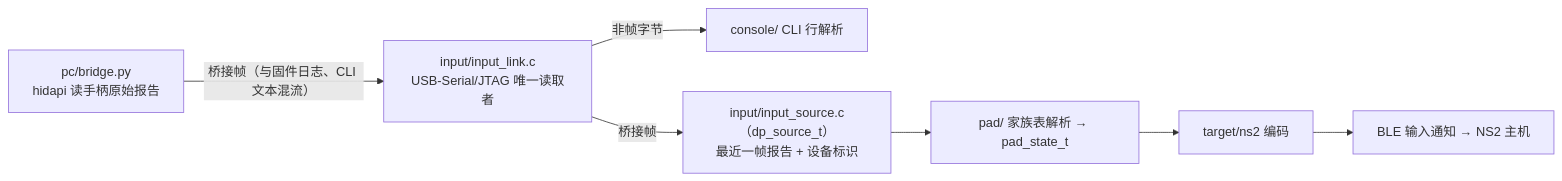
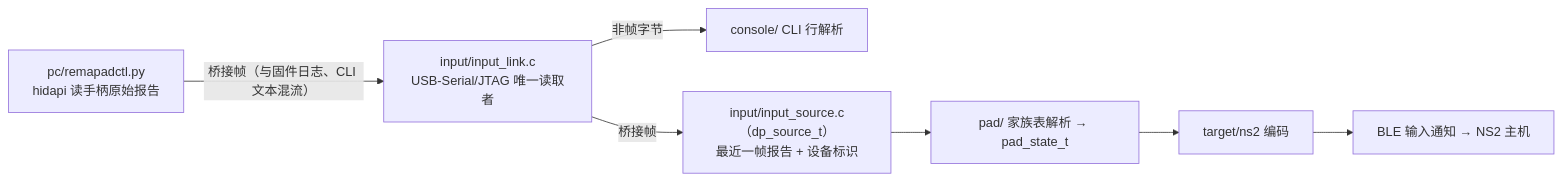
Before and after one commit to slime7/remapad: the second of 2 diagrams in docs/usb-input-plan.md, drawn with Mermaid. The commit also changed other lines of this file and 46 other files, not shown here.

First line of the commit message:
feat(pc,firmware): PC 工具合并为单进程，新增实机截图与耳机状态透传

````diff
--- a/docs/usb-input-plan.md
+++ b/docs/usb-input-plan.md
@@ -49,17 +49,17 @@
 ```mermaid
 flowchart LR
-    Bridge["pc/bridge.py<br/>hidapi 读手柄原始报告"]
+    Bridge["pc/remapadctl.py<br/>hidapi 读手柄原始报告"]
     Link["input/input_link.c<br/>USB-Serial/JTAG 唯一读取者"]
     CLI["console/ CLI 行解析"]
     Src["input/input_source.c（dp_source_t）<br/>最近一帧报告 + 设备标识"]
     Parse["pad/ 家族表解析 → pad_state_t"]
     Tgt["target/ns2 编码"]
     BLE["BLE 输入通知 → NS2 主机"]
 
     Bridge -->|"桥接帧（与固件日志、CLI 文本混流）"| Link
     Link -->|非帧字节| CLI
     Link -->|桥接帧| Src
     Src --> Parse
     Parse --> Tgt
     Tgt --> BLE
 ```
````
